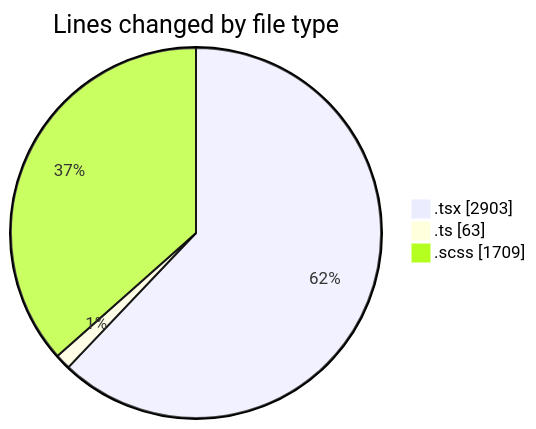
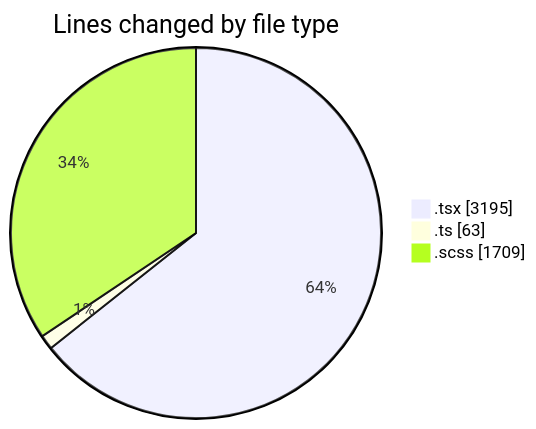
Before and after one commit to momahboobian/code-tracking: the first of 2 diagrams in 2025-04-02/cda/README.md, drawn with Mermaid. The commit also changed other lines of this file and 1 other file, not shown here.

````diff
--- a/2025-04-02/cda/README.md
+++ b/2025-04-02/cda/README.md
@@ -30,7 +30,7 @@
 ```mermaid
 pie showData
 title Lines changed by file type
-".tsx" : 2903
+".tsx" : 3195
 ".ts" : 63
 ".scss" : 1709
 ```
````
